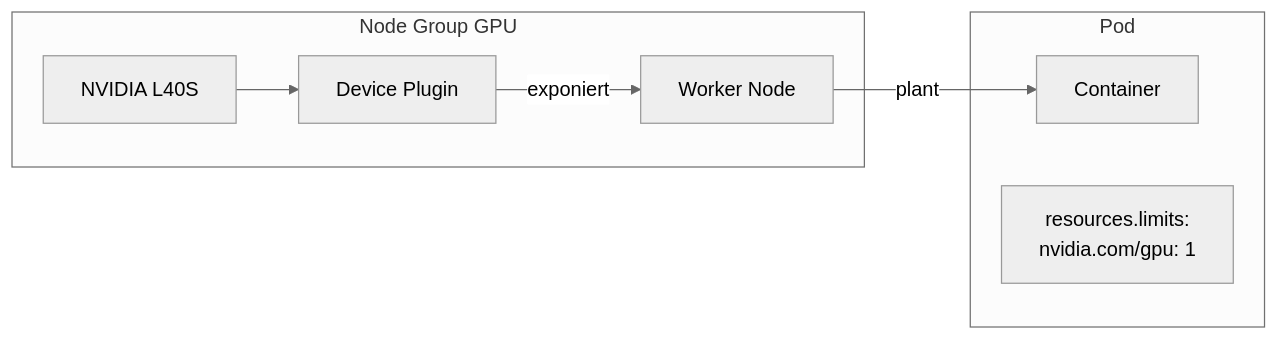
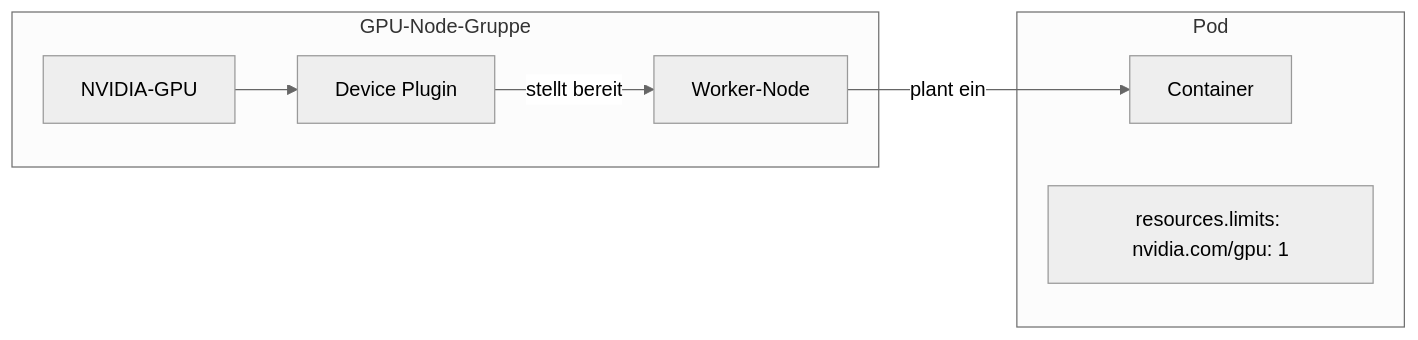
Before and after one commit to HidoraSwiss/hikube-public-doc: the second of 2 diagrams in i18n/de/docusaurus-plugin-content-docs/current/services/gpu/concepts.md, drawn with Mermaid (neutral theme). The commit also changed other lines of this file and 148 other files, not shown here.

````diff
--- a/i18n/de/docusaurus-plugin-content-docs/current/services/gpu/concepts.md
+++ b/i18n/de/docusaurus-plugin-content-docs/current/services/gpu/concepts.md
@@ -102,17 +91,17 @@
 ```mermaid
 graph LR
-    subgraph "Node Group GPU"
-        N1[Worker Node]
-        GPU[NVIDIA L40S]
+    subgraph "GPU-Node-Gruppe"
+        N1[Worker-Node]
+        GPU[NVIDIA-GPU]
         DP[Device Plugin]
     end
 
     subgraph "Pod"
         C[Container]
-        RL[resources.limits:<br/>nvidia.com/gpu: 1]
+        RL["resources.limits: nvidia.com/gpu: 1"]
     end
 
     GPU --> DP
-    DP -->|exponiert| N1
-    N1 -->|plant| C
+    DP -->|stellt bereit| N1
+    N1 -->|plant ein| C
 ```
````
